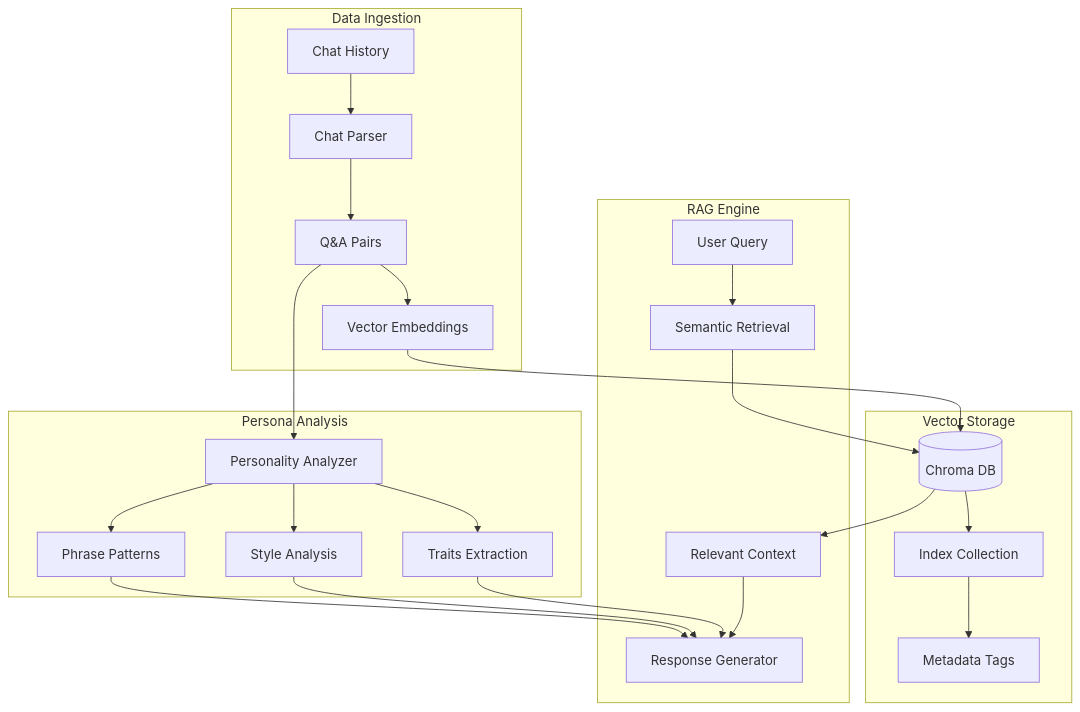
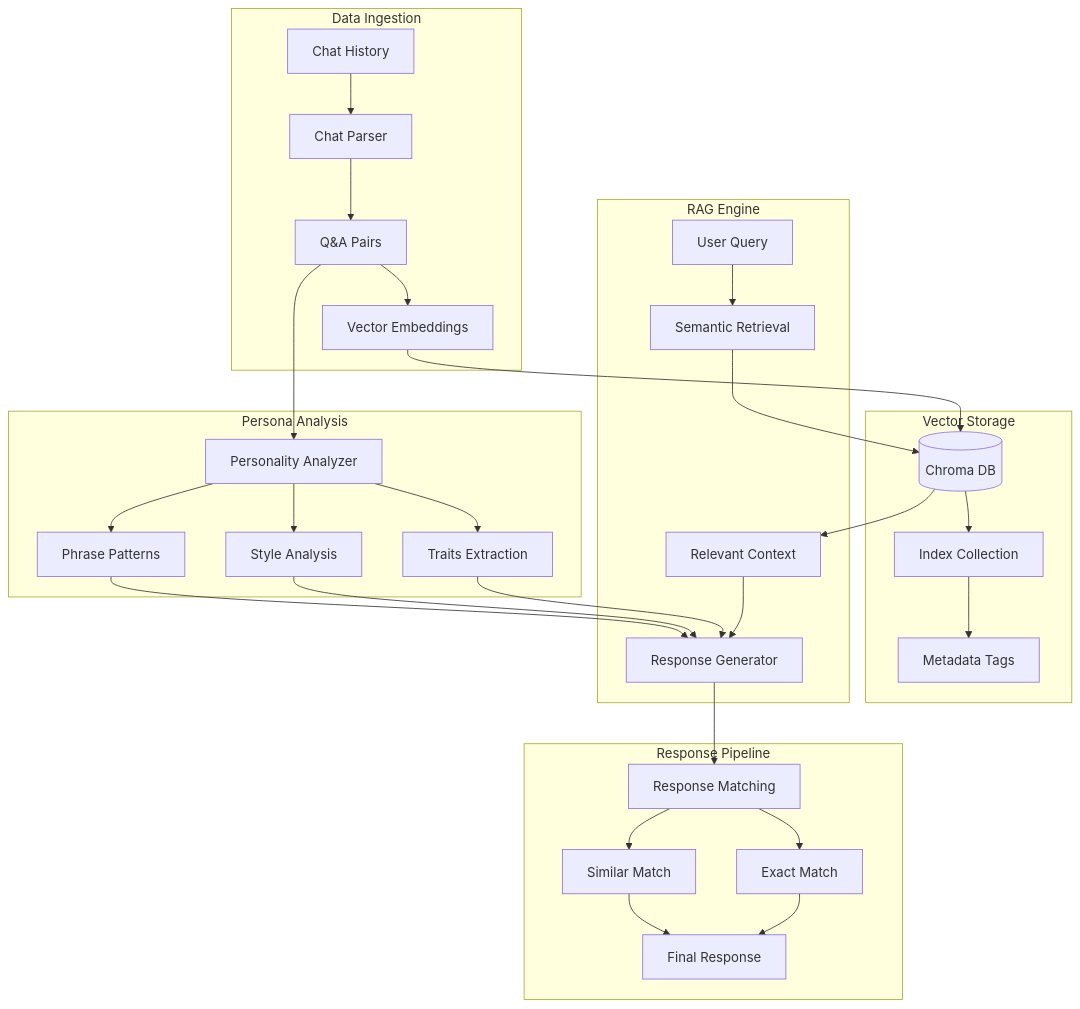
The diagram in README.md (Ivanye2509/Open_Source_AI_Hackathon), drawn with Mermaid before and after one commit.

````diff
--- a/README.md
+++ b/README.md
@@ -7,31 +7,39 @@
 ```mermaid
 graph TD
     subgraph Data Ingestion
         CH[Chat History] --> Parser[Chat Parser]
         Parser --> QA[Q&A Pairs]
         QA --> VE[Vector Embeddings]
     end
 
     subgraph Vector Storage
         VE --> VS[(Chroma DB)]
         VS --> IC[Index Collection]
         IC --> MT[Metadata Tags]
     end
 
     subgraph Persona Analysis
         QA --> PA[Personality Analyzer]
         PA --> PT[Traits Extraction]
         PA --> PS[Style Analysis]
         PA --> PP[Phrase Patterns]
     end
 
     subgraph RAG Engine
         UQ[User Query] --> SR[Semantic Retrieval]
         SR --> VS
         VS --> RC[Relevant Context]
         RC --> RG[Response Generator]
         PT --> RG
         PS --> RG
         PP --> RG
     end
+
+    subgraph Response Pipeline
+        RG --> RM[Response Matching]
+        RM --> EX[Exact Match]
+        RM --> SM[Similar Match]
+        EX --> FR[Final Response]
+        SM --> FR
+    end
 ```
````
